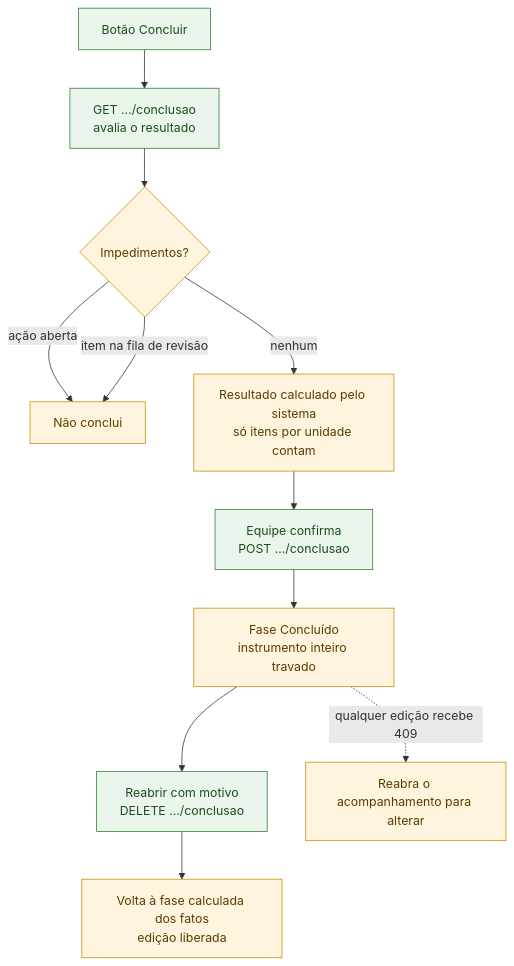
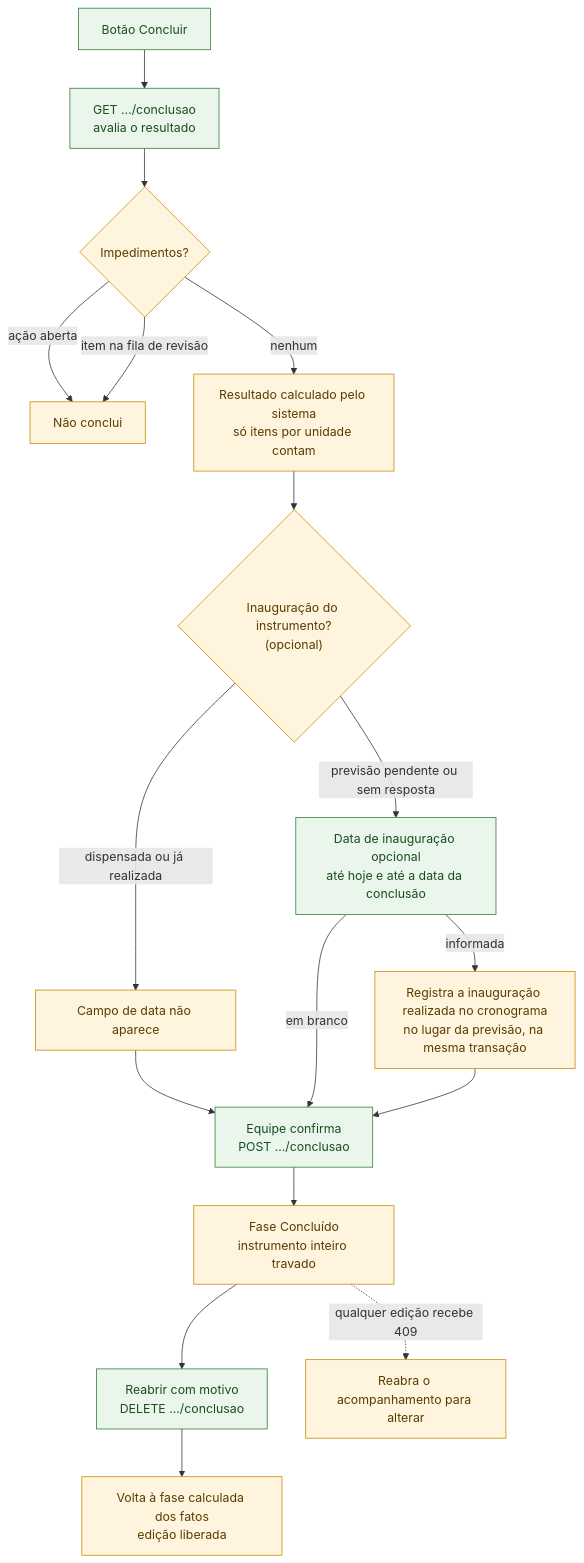
Before and after one commit to devs-ministerio/par_equipamentos: the sixth of 11 diagrams in docs/arquitetura/mapa-monitoramento-interno-2026-11-19.md, drawn with Mermaid. The commit also changed other lines of this file and 10 other files, not shown here.

First line of the commit message:
feat(conclusao): inauguração opcional informada ao concluir o acompanhamento

````diff
--- a/docs/arquitetura/mapa-monitoramento-interno-2026-11-19.md
+++ b/docs/arquitetura/mapa-monitoramento-interno-2026-11-19.md
@@ -217,15 +221,22 @@
 ```mermaid
 flowchart TB
     classDef regra fill:#FFF4DD,stroke:#C98A00,color:#5a3d00
     classDef acao fill:#EAF6EC,stroke:#2E7D32,color:#1b4d1e
     A["Botão Concluir"]:::acao --> AV["GET .../conclusao<br/>avalia o resultado"]:::acao
     AV --> IMP{"Impedimentos?"}:::regra
     IMP -->|"ação aberta"| X["Não conclui"]:::regra
     IMP -->|"item na fila de revisão"| X
     IMP -->|"nenhum"| RES["Resultado calculado pelo sistema<br/>só itens por unidade contam"]:::regra
-    RES --> CONF["Equipe confirma<br/>POST .../conclusao"]:::acao
+    RES --> INA{"Inauguração do instrumento?<br/>(opcional)"}:::regra
+    INA -->|"dispensada ou já realizada"| SEMCAMPO["Campo de data não aparece"]:::regra
+    INA -->|"previsão pendente ou sem resposta"| CAMPO["Data de inauguração opcional<br/>até hoje e até a data da conclusão"]:::acao
+    CAMPO -->|"em branco"| CONF
+    CAMPO -->|"informada"| REAL["Registra a inauguração realizada no cronograma<br/>no lugar da previsão, na mesma transação"]:::regra
+    SEMCAMPO --> CONF
+    REAL --> CONF
+    CONF["Equipe confirma<br/>POST .../conclusao"]:::acao
     CONF --> FIM["Fase Concluído<br/>instrumento inteiro travado"]:::regra
     FIM --> REAB["Reabrir com motivo<br/>DELETE .../conclusao"]:::acao
     REAB --> VOLTA["Volta à fase calculada dos fatos<br/>edição liberada"]:::regra
     FIM -. "qualquer edição recebe 409" .-> BLOQ["Reabra o acompanhamento para alterar"]:::regra
 ```
````
